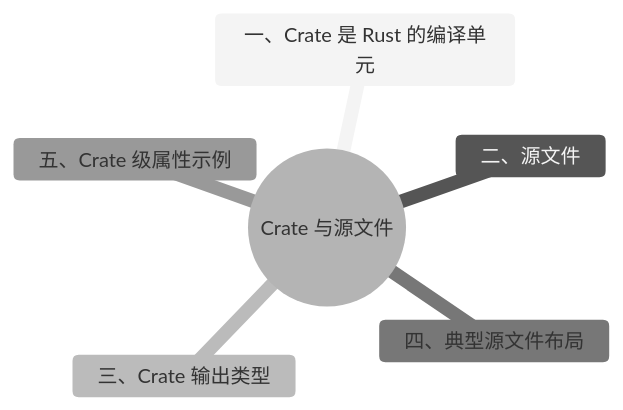
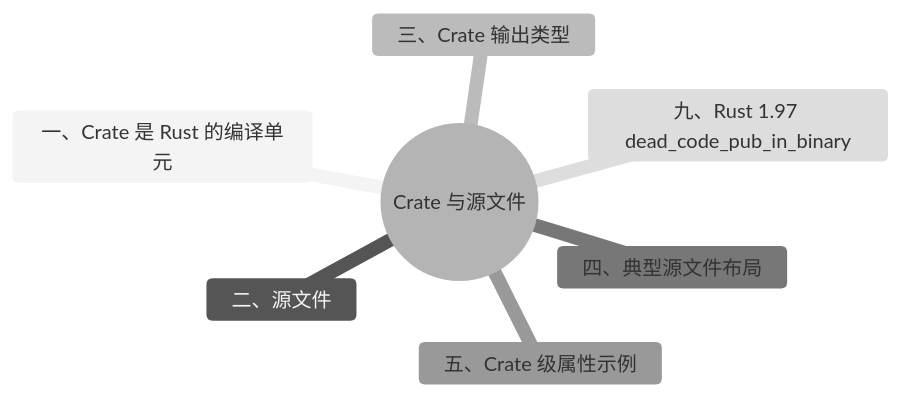
The third of 3 diagrams in concept/01_foundation/07_modules_and_items/11_crates_and_source_files.md (martin-ly/rust-lang), drawn with Mermaid (neutral theme) before and after one commit. The commit also changed other lines of this file and 34 other files, not shown here.

````diff
--- a/concept/01_foundation/07_modules_and_items/11_crates_and_source_files.md
+++ b/concept/01_foundation/07_modules_and_items/11_crates_and_source_files.md
@@ -303,9 +361,10 @@
 ```mermaid
 mindmap
   root((Crate 与源文件))
     一、Crate 是 Rust 的编译单元
     二、源文件
     三、Crate 输出类型
     四、典型源文件布局
     五、Crate 级属性示例
+    九、Rust 1.97 dead_code_pub_in_binary
 ```
````
